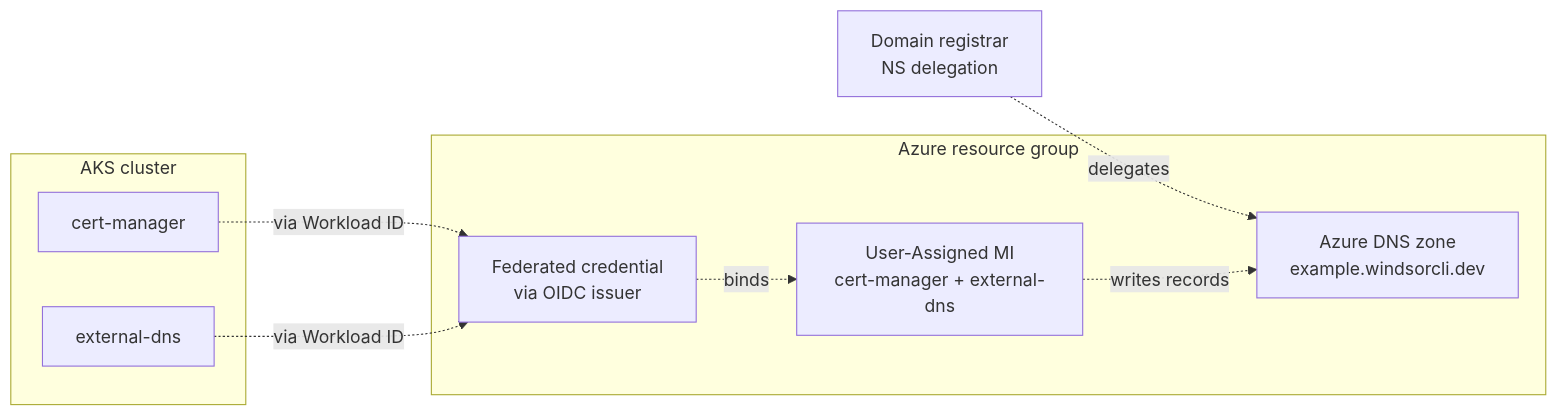
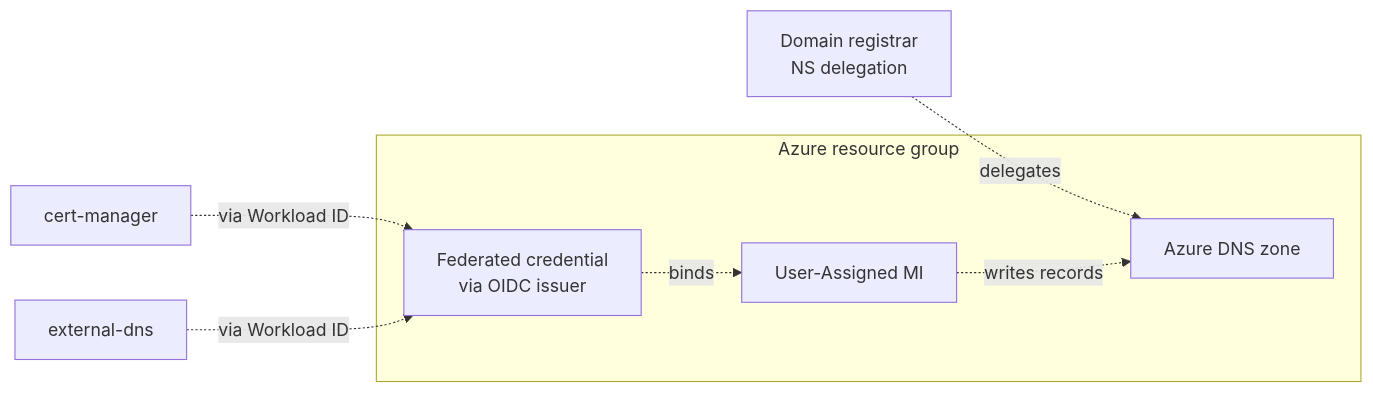
Before and after one commit to windsorcli/core: the second of 2 diagrams in terraform/dns/README.md, drawn with Mermaid. The commit also changed other lines of this file and 3 other files, not shown here.

Commit message:
chore(docs): update flowcharts in README files for CNI, Compute, DNS, and GitOps categories to enhance clarity and consistency

````diff
--- a/terraform/dns/README.md
+++ b/terraform/dns/README.md
@@ -69,21 +66,18 @@
 ```mermaid
 flowchart LR
   registrar[Domain registrar<br/>NS delegation]
+  cm[cert-manager]
+  ed[external-dns]
 
   subgraph azure[Azure resource group]
-    zone[Azure DNS zone<br/>example.windsorcli.dev]
-    uami[User-Assigned MI<br/>cert-manager + external-dns]
+    zone[Azure DNS zone]
+    uami[User-Assigned MI]
     fed[Federated credential<br/>via OIDC issuer]
-  end
-
-  subgraph cluster[AKS cluster]
-    cm[cert-manager]
-    ed[external-dns]
   end
 
   registrar -.delegates.-> zone
   cm -.via Workload ID.-> fed
   ed -.via Workload ID.-> fed
   fed -.binds.-> uami
   uami -.writes records.-> zone
 ```
````
